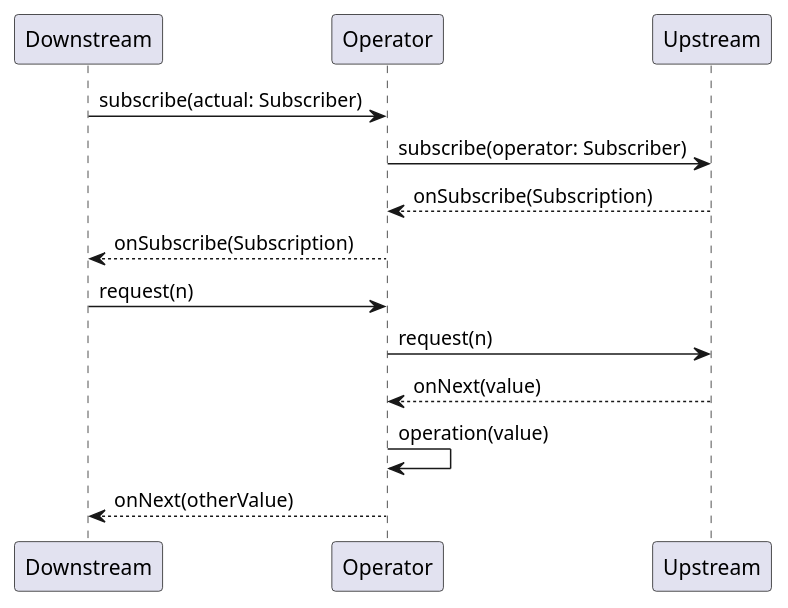
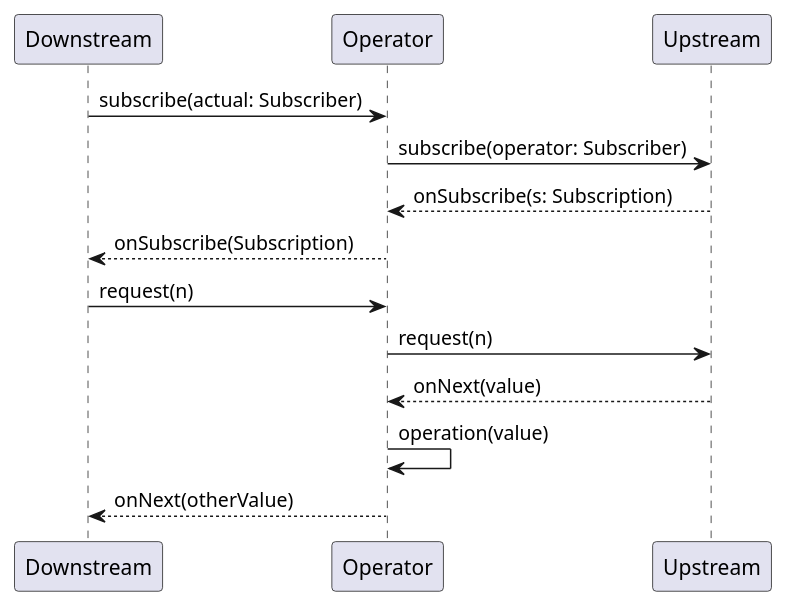
One commit to yanghoon/obsidian-workspace changed the second of 2 diagrams in _diary/2024-06-18.md. Above: the diagram before and after it, drawn with PlantUML.

Commit message:
vault backup: 2024-06-19 00:51:42

````diff
--- a/_diary/2024-06-18.md
+++ b/_diary/2024-06-18.md
@@ -41,20 +41,20 @@
 ```plantuml
 @startuml
 
 participant Downstream as Down
 participant Operator as Ops
 participant Upstream as Up
 
 Down -> Ops: subscribe(actual: Subscriber)
 Ops -> Up: subscribe(operator: Subscriber)
-Ops <-- Up: onSubscribe(Subscription)
+Ops <-- Up: onSubscribe(s: Subscription)
 Down <-- Ops: onSubscribe(Subscription)
 
 Down -> Ops: request(n)
 Ops -> Up: request(n)
 Ops <-- Up: onNext(value)
 Ops -> Ops: operation(value)
 Down <-- Ops: onNext(otherValue)
 
 @enduml
 ```
````
